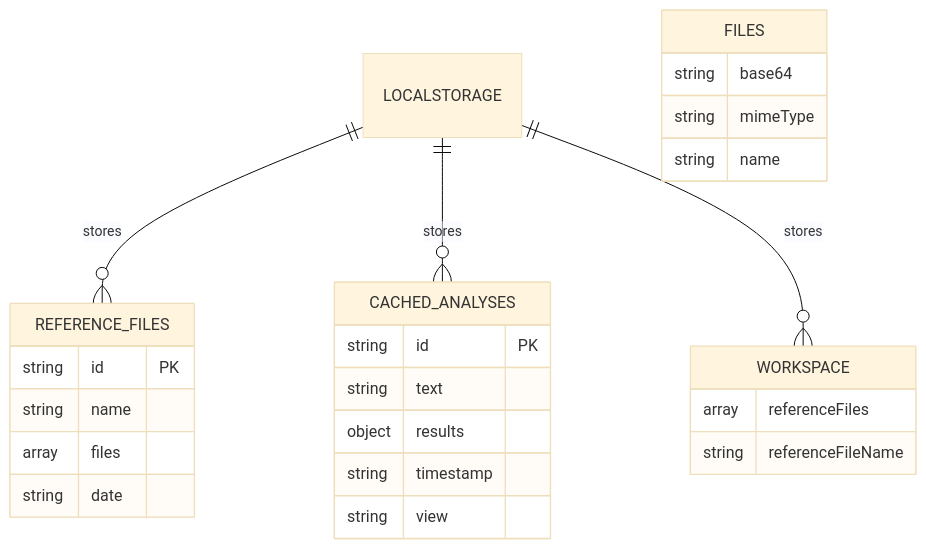
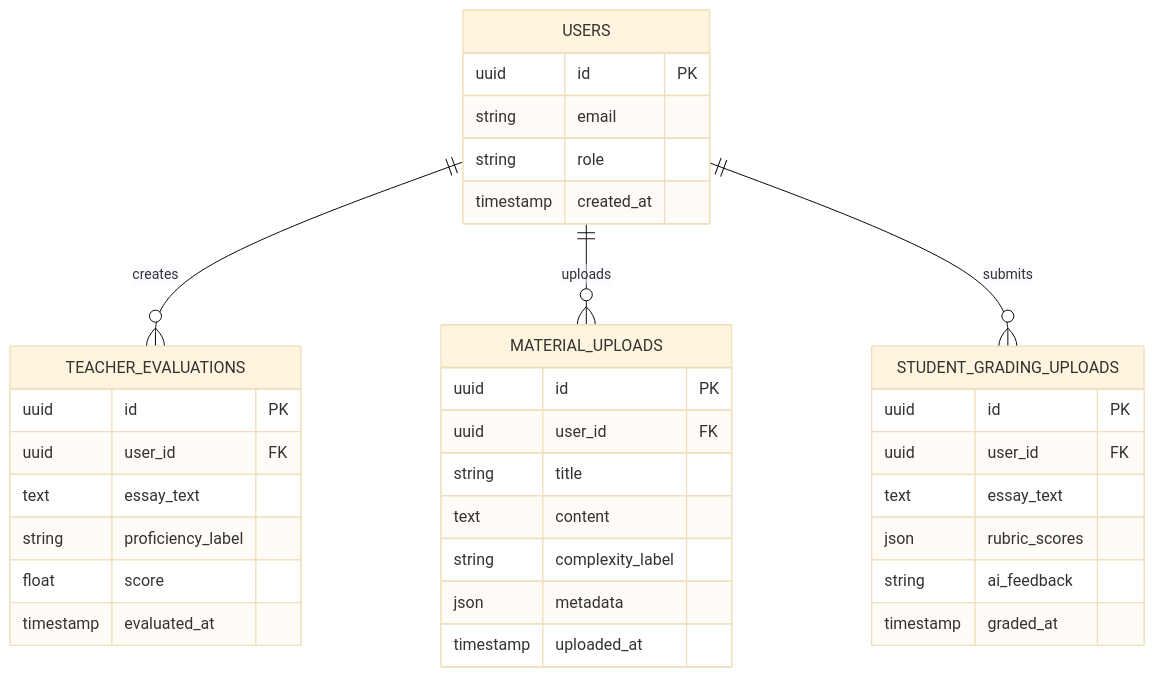
The fourth of 4 diagrams in System Documentation.md (ianxroy/readtrack), drawn with Mermaid (base theme) before and after one commit. The commit also changed other lines of this file and 3 other files, not shown here.

````diff
--- a/System Documentation.md
+++ b/System Documentation.md
@@ -224,32 +241,41 @@
 ```mermaid
 erDiagram
-    LOCALSTORAGE ||--o{ REFERENCE_FILES : stores
-    LOCALSTORAGE ||--o{ CACHED_ANALYSES : stores
-    LOCALSTORAGE ||--o{ WORKSPACE : stores
-    
-    REFERENCE_FILES {
-        string id PK
-        string name
-        array files
-        string date
+    USERS ||--o{ TEACHER_EVALUATIONS : creates
+    USERS ||--o{ MATERIAL_UPLOADS : uploads
+    USERS ||--o{ STUDENT_GRADING_UPLOADS : submits
+
+    USERS {
+        uuid id PK
+        string email
+        string role
+        timestamp created_at
     }
-    
-    FILES {
-        string base64
-        string mimeType
-        string name
+
+    TEACHER_EVALUATIONS {
+        uuid id PK
+        uuid user_id FK
+        text essay_text
+        string proficiency_label
+        float score
+        timestamp evaluated_at
     }
-    
-    CACHED_ANALYSES {
-        string id PK
-        string text
-        object results
-        string timestamp
-        string view
+
+    MATERIAL_UPLOADS {
+        uuid id PK
+        uuid user_id FK
+        string title
+        text content
+        string complexity_label
+        json metadata
+        timestamp uploaded_at
     }
-    
-    WORKSPACE {
-        array referenceFiles
-        string referenceFileName
+
+    STUDENT_GRADING_UPLOADS {
+        uuid id PK
+        uuid user_id FK
+        text essay_text
+        json rubric_scores
+        string ai_feedback
+        timestamp graded_at
     }
 ```
````
